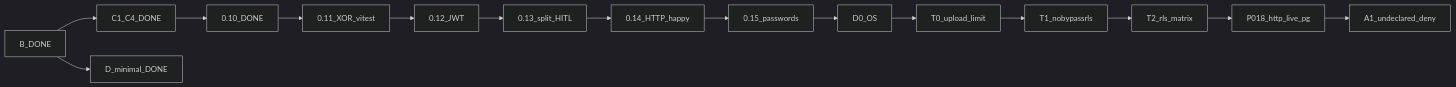
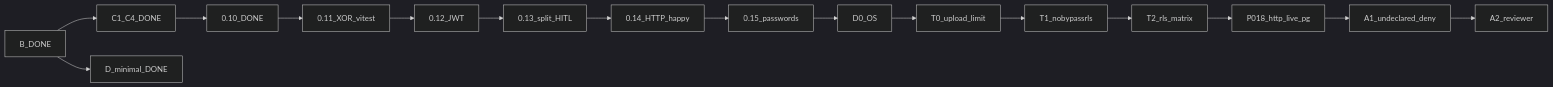
The diagram in docs/PLAN-REALIZACJA.md (Spawn2018/OmniRoute), drawn with Mermaid (dark theme) before and after one commit. The commit also changed other lines of this file and 8 other files, not shown here.

Commit message:
feat(api): deny undeclared /api/v1 paths and disable docs playground [plaster 0.19 A1]

````diff
--- a/docs/PLAN-REALIZACJA.md
+++ b/docs/PLAN-REALIZACJA.md
@@ -8,17 +8,18 @@
 ```mermaid
 flowchart LR
   doneB[B_DONE] --> doneC[C1_C4_DONE]
   doneC --> doneC5[0.10_DONE]
   doneC5 --> doneXor[0.11_XOR_vitest]
   doneXor --> doneJwt[0.12_JWT]
   doneJwt --> doneSplit[0.13_split_HITL]
   doneSplit --> doneHttp[0.14_HTTP_happy]
   doneHttp --> donePwd[0.15_passwords]
   donePwd --> doneD0[D0_OS]
   doneD0 --> doneT0[T0_upload_limit]
   doneT0 --> doneT1[T1_nobypassrls]
   doneT1 --> doneT2[T2_rls_matrix]
   doneT2 --> done018[P018_http_live_pg]
-  done018 --> next[A1_undeclared_deny]
+  done018 --> doneA1[A1_undeclared_deny]
+  doneA1 --> next[A2_reviewer]
   doneB --> doneD[D_minimal_DONE]
 ```
````
